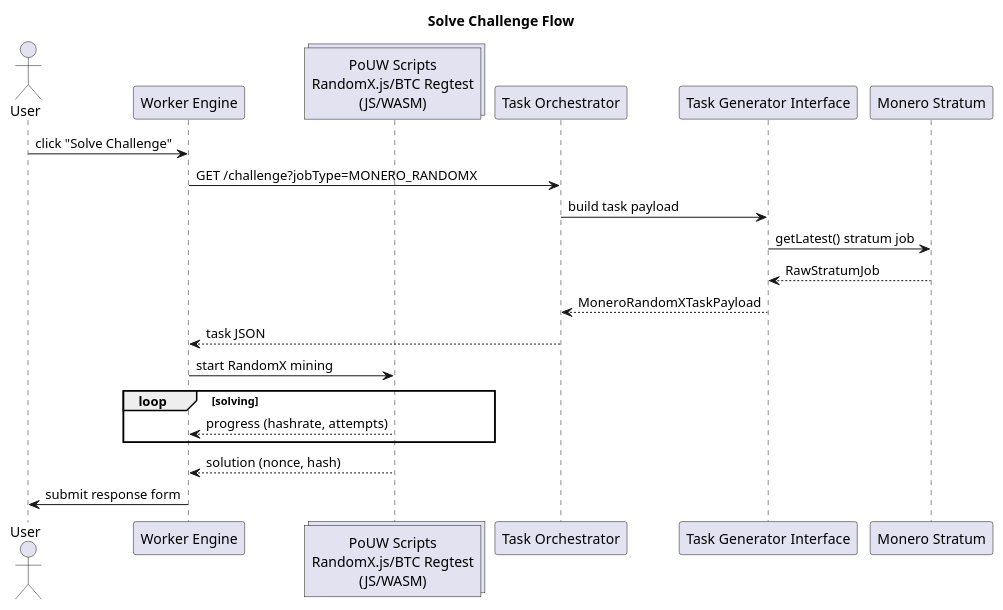
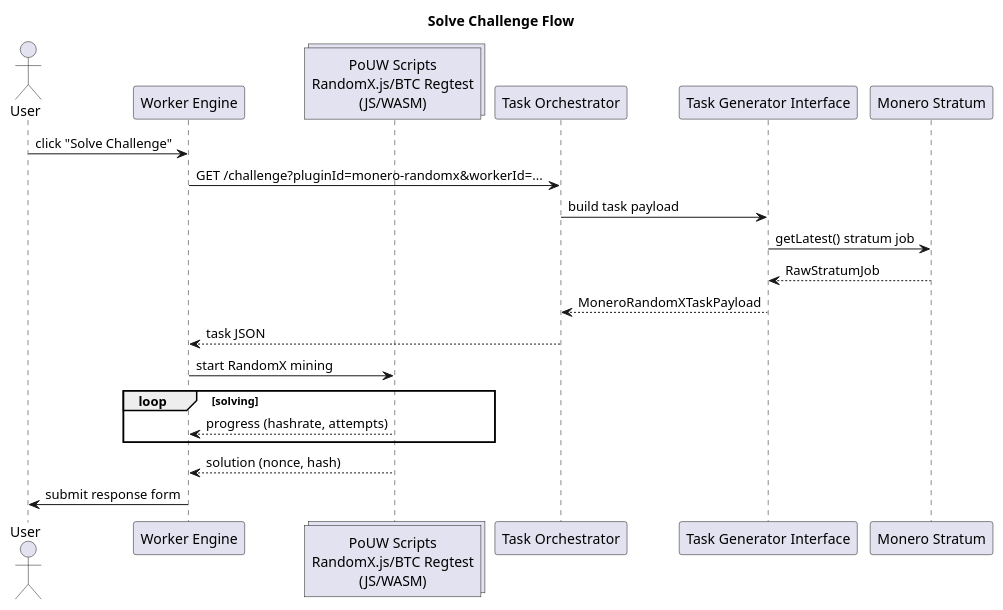
One commit to bors2908/pouwer changed the diagram in docs/charts/challenge-sequence/solve.puml. Above: the diagram before and after it, drawn with PlantUML. The commit also changed 2 other files, not shown here.

```diff
--- a/docs/charts/challenge-sequence/solve.puml
+++ b/docs/charts/challenge-sequence/solve.puml
@@ -1,30 +1,30 @@
 @startuml
 title Solve Challenge Flow
 
 skinparam shadowing false
 skinparam responseMessageBelowArrow true
 
 actor User
 participant "Worker Engine" as Worker
 collections "PoUW Scripts\nRandomX.js/BTC Regtest\n(JS/WASM)" as Miner
 
 participant "Task Orchestrator" as Orchestrator
 participant "Task Generator Interface" as TaskIF
 participant "Monero Stratum" as MoneroAdapter
 
 User -> Worker: click "Solve Challenge"
-Worker -> Orchestrator: GET /challenge?jobType=MONERO_RANDOMX
+Worker -> Orchestrator: GET /challenge?pluginId=monero-randomx&workerId=...
 Orchestrator -> TaskIF: build task payload
 TaskIF -> MoneroAdapter: getLatest() stratum job
 MoneroAdapter --> TaskIF: RawStratumJob
 TaskIF --> Orchestrator: MoneroRandomXTaskPayload
 Orchestrator --> Worker: task JSON
 
 Worker -> Miner: start RandomX mining
 loop solving
 Miner --> Worker: progress (hashrate, attempts)
 end
 Miner --> Worker: solution (nonce, hash)
 Worker -> User: submit response form
 
 @enduml
```
